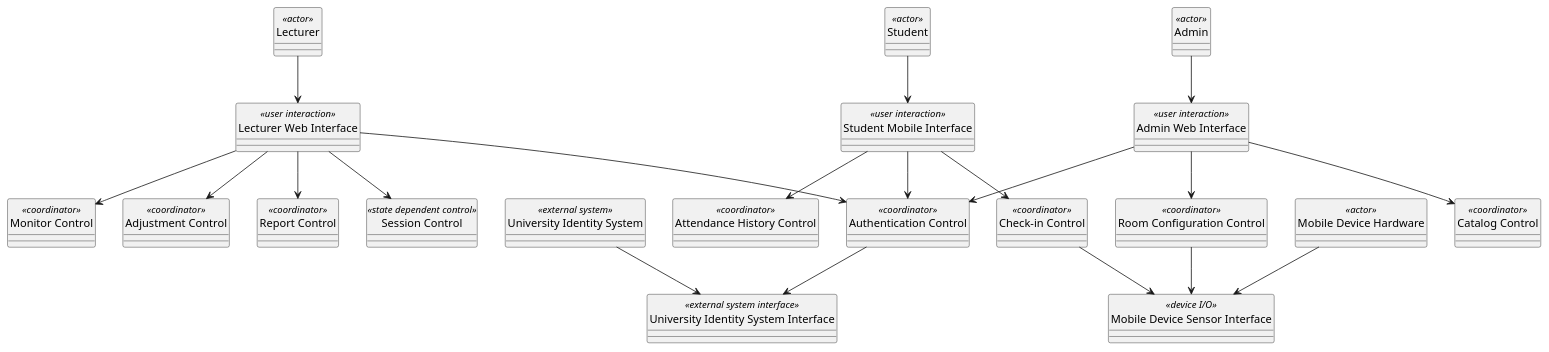
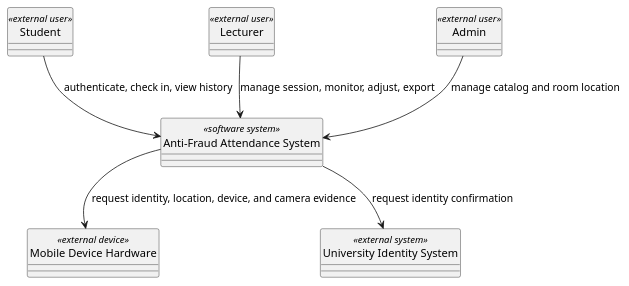
Before and after one commit to nttung42/SWD392: the second of 29 diagrams in docs/sds/2_Analysis.md, drawn with PlantUML. The commit also changed other lines of this file and 1 other file, not shown here.

Commit message:
fix: contextual boundary diagram

````diff
--- a/docs/sds/2_Analysis.md
+++ b/docs/sds/2_Analysis.md
@@ -160,50 +160,20 @@
 ```plantuml
 @startuml
 skinparam style strictuml
 hide circle
 
-class "Student" as Student <<actor>>
-class "Lecturer" as Lecturer <<actor>>
-class "Admin" as Admin <<actor>>
-class "Mobile Device Hardware" as MobileHardware <<actor>>
+class "Anti-Fraud Attendance System" as AFAS <<software system>>
+
+class "Student" as Student <<external user>>
+class "Lecturer" as Lecturer <<external user>>
+class "Admin" as Admin <<external user>>
+class "Mobile Device Hardware" as MobileHardware <<external device>>
 class "University Identity System" as UIS <<external system>>
 
-class "Student Mobile Interface" as StudentUI <<user interaction>>
-class "Lecturer Web Interface" as LecturerUI <<user interaction>>
-class "Admin Web Interface" as AdminUI <<user interaction>>
-class "Mobile Device Sensor Interface" as MobileSensor <<device I/O>>
-class "University Identity System Interface" as UISInterface <<external system interface>>
-
-class "Authentication Control" as AuthControl <<coordinator>>
-class "Check-in Control" as CheckInControl <<coordinator>>
-class "Session Control" as SessionControl <<state dependent control>>
-class "Attendance History Control" as HistoryControl <<coordinator>>
-class "Monitor Control" as MonitorControl <<coordinator>>
-class "Adjustment Control" as AdjustmentControl <<coordinator>>
-class "Report Control" as ReportControl <<coordinator>>
-class "Catalog Control" as CatalogControl <<coordinator>>
-class "Room Configuration Control" as RoomControl <<coordinator>>
-
-Student --> StudentUI
-Lecturer --> LecturerUI
-Admin --> AdminUI
-MobileHardware --> MobileSensor
-UIS --> UISInterface
-
-StudentUI --> AuthControl
-StudentUI --> CheckInControl
-StudentUI --> HistoryControl
-LecturerUI --> AuthControl
-LecturerUI --> SessionControl
-LecturerUI --> MonitorControl
-LecturerUI --> AdjustmentControl
-LecturerUI --> ReportControl
-AdminUI --> AuthControl
-AdminUI --> CatalogControl
-AdminUI --> RoomControl
-
-AuthControl --> UISInterface
-CheckInControl --> MobileSensor
-RoomControl --> MobileSensor
+Student --> AFAS : authenticate, check in, view history
+Lecturer --> AFAS : manage session, monitor, adjust, export
+Admin --> AFAS : manage catalog and room location
+AFAS --> MobileHardware : request identity, location, device, and camera evidence
+AFAS --> UIS : request identity confirmation
 @enduml
 ```
````
